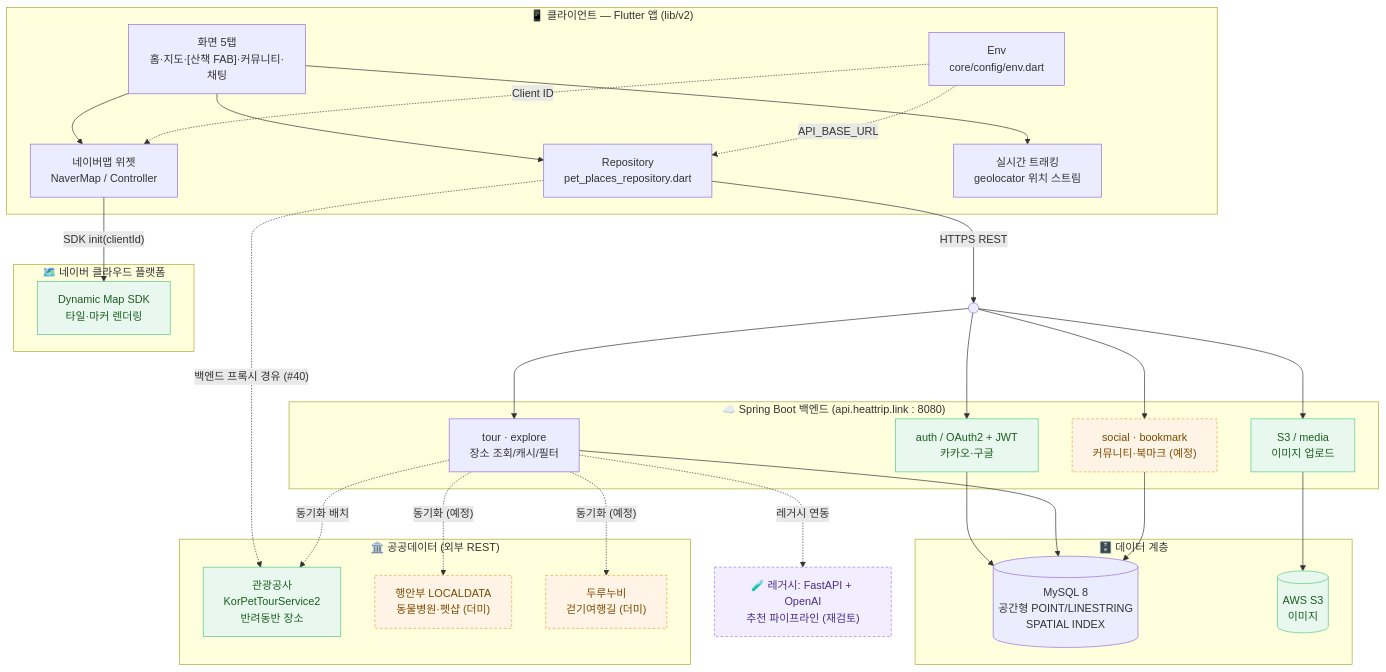
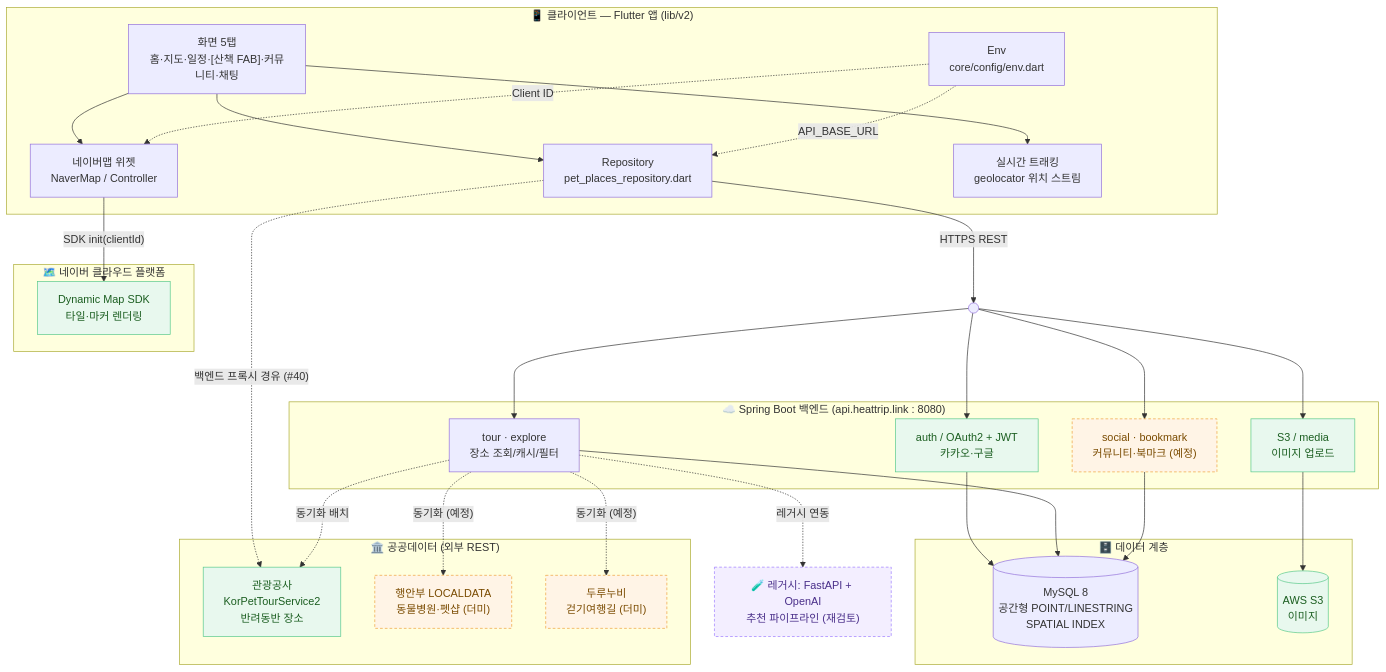
One commit to sanghyunbang/pawloop changed the first of 5 diagrams in docs/02-architecture/system-overview.md. Above: the diagram before and after it, drawn with Mermaid. The commit also changed other lines of this file and 15 other files, not shown here.

````diff
--- a/docs/02-architecture/system-overview.md
+++ b/docs/02-architecture/system-overview.md
@@ -27,66 +27,66 @@
 ```mermaid
 flowchart TB
     subgraph client["📱 클라이언트 — Flutter 앱 (lib/v2)"]
-        UI["화면 5탭<br/>홈·지도·[산책 FAB]·커뮤니티·채팅"]
+        UI["화면 5탭<br/>홈·지도·일정·[산책 FAB]·커뮤니티·채팅"]
         REPO["Repository<br/>pet_places_repository.dart"]
         MAP["네이버맵 위젯<br/>NaverMap / Controller"]
         GPS["실시간 트래킹<br/>geolocator 위치 스트림"]
         ENV["Env<br/>core/config/env.dart"]
     end
 
     subgraph naver["🗺️ 네이버 클라우드 플랫폼"]
         NSDK["Dynamic Map SDK<br/>타일·마커 렌더링"]
     end
 
     subgraph public["🏛️ 공공데이터 (외부 REST)"]
         KTO["관광공사<br/>KorPetTourService2<br/>반려동반 장소"]
         LOCAL["행안부 LOCALDATA<br/>동물병원·펫샵 (더미)"]
         DURU["두루누비<br/>걷기여행길 (더미)"]
     end
 
     subgraph backend["☁️ Spring Boot 백엔드 (api.heattrip.link : 8080)"]
         AUTH["auth / OAuth2 + JWT<br/>카카오·구글"]
         TOUR["tour · explore<br/>장소 조회/캐시/필터"]
         SOCIAL["social · bookmark<br/>커뮤니티·북마크 (예정)"]
         S3SVC["S3 / media<br/>이미지 업로드"]
     end
 
     subgraph data["🗄️ 데이터 계층"]
         MYSQL[("MySQL 8<br/>공간형 POINT/LINESTRING<br/>SPATIAL INDEX")]
         S3[("AWS S3<br/>이미지")]
     end
 
     LEGACY["🧪 레거시: FastAPI + OpenAI<br/>추천 파이프라인 (재검토)"]
 
     UI --> REPO
     UI --> MAP
     UI --> GPS
     REPO -->|"HTTPS REST"| BACKENDGW(( ))
     ENV -. "Client ID" .-> MAP
     ENV -. "API_BASE_URL" .-> REPO
 
     MAP -->|"SDK init(clientId)"| NSDK
     REPO -.->|"백엔드 프록시 경유 (#40)"| KTO
 
     BACKENDGW --> AUTH
     BACKENDGW --> TOUR
     BACKENDGW --> SOCIAL
     BACKENDGW --> S3SVC
 
     AUTH --> MYSQL
     TOUR --> MYSQL
     SOCIAL --> MYSQL
     S3SVC --> S3
 
     TOUR -.->|"동기화 배치"| KTO
     TOUR -.->|"동기화 (예정)"| LOCAL
     TOUR -.->|"동기화 (예정)"| DURU
     TOUR -.->|"레거시 연동"| LEGACY
 
     classDef done fill:#E8F8EE,stroke:#57C98A,color:#1b5e20;
     classDef dummy fill:#FFF4E6,stroke:#EFA13C,color:#7a4b00,stroke-dasharray:4 3;
     classDef legacy fill:#F3EEFF,stroke:#9B7BFF,color:#4a2f8a,stroke-dasharray:4 3;
     class NSDK,KTO,AUTH,S3SVC,S3 done;
     class LOCAL,DURU,SOCIAL dummy;
     class LEGACY legacy;
 ```
````
